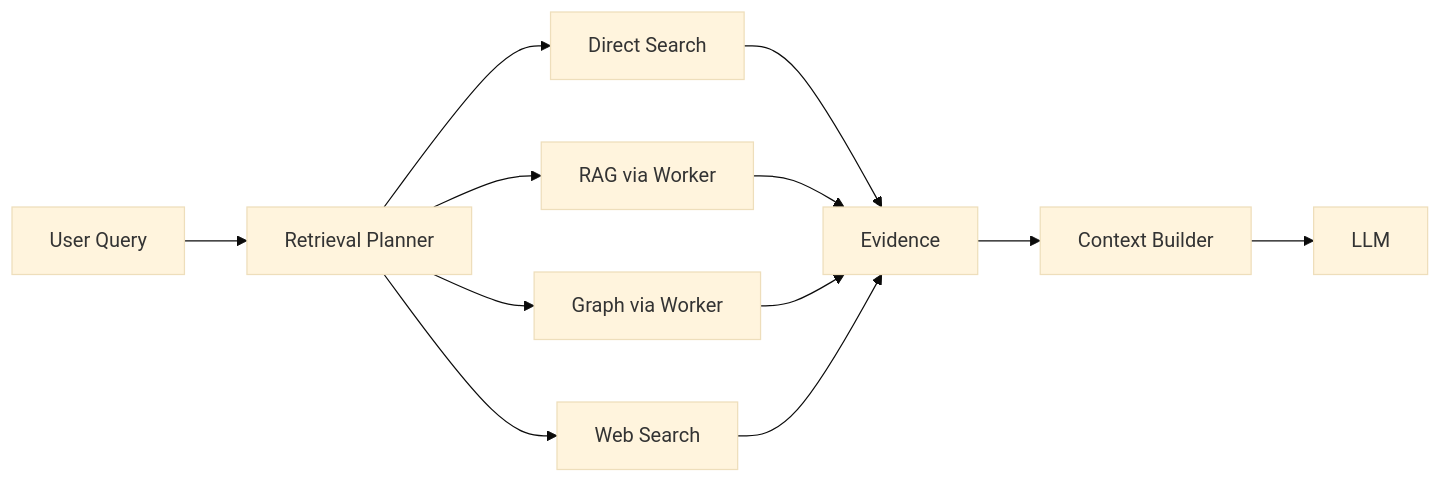
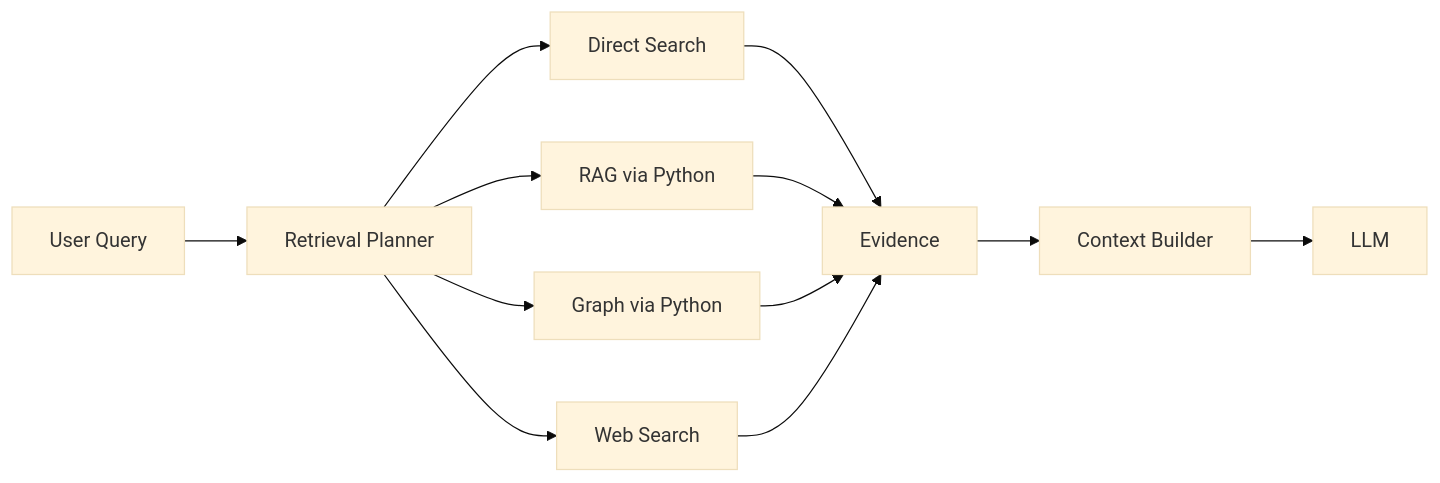
Before and after one commit to luanchang-zh/ChatDesk: the second of 3 diagrams in docs/total/03_system_architecture.md, drawn with Mermaid (base theme). The commit also changed other lines of this file and 28 other files, not shown here.

````diff
--- a/docs/total/03_system_architecture.md
+++ b/docs/total/03_system_architecture.md
@@ -138,17 +139,17 @@
 ```mermaid
 flowchart LR
     Query[User Query] --> Planner[Retrieval Planner]
 
     Planner --> Direct[Direct Search]
-    Planner --> RAG[RAG via Worker]
-    Planner --> Graph[Graph via Worker]
+    Planner --> RAG[RAG via Python]
+    Planner --> Graph[Graph via Python]
     Planner --> Web[Web Search]
 
     Direct --> Evidence[Evidence]
     RAG --> Evidence
     Graph --> Evidence
     Web --> Evidence
 
     Evidence --> Context[Context Builder]
     Context --> LLM[LLM]
 ```
````
